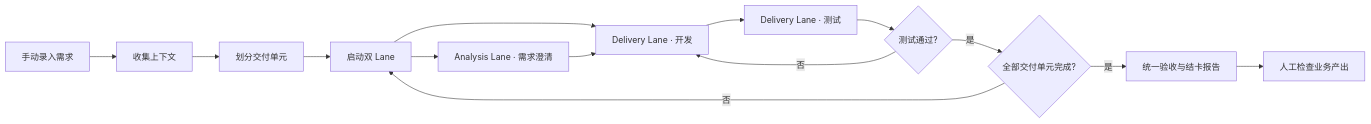
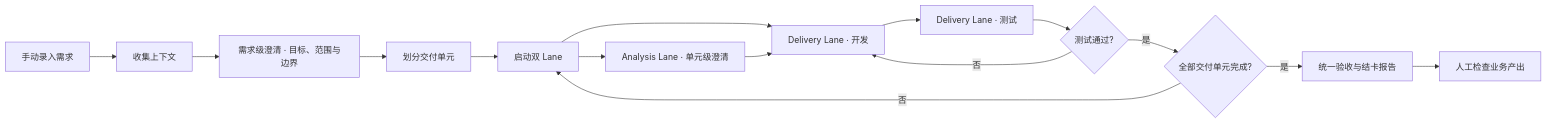
The first of 3 diagrams in docs/l4-loop-handbook.md (InspireChina/ai4se-loop-workflow), drawn with Mermaid before and after one commit. The commit also changed other lines of this file and 17 other files, not shown here.

````diff
--- a/docs/l4-loop-handbook.md
+++ b/docs/l4-loop-handbook.md
@@ -134,16 +134,17 @@
 ```mermaid
 flowchart LR
     input["手动录入需求"] --> context["收集上下文"]
-    context --> split["划分交付单元"]
+    context --> intakeClarify["需求级澄清 · 目标、范围与边界"]
+    intakeClarify --> split["划分交付单元"]
     split --> lanes["启动双 Lane"]
-    lanes --> clarify["Analysis Lane · 需求澄清"]
+    lanes --> clarify["Analysis Lane · 单元级澄清"]
     lanes --> dev["Delivery Lane · 开发"]
     clarify --> dev
     dev --> test["Delivery Lane · 测试"]
     test --> passed{"测试通过?"}
     passed -->|"否"| dev
     passed -->|"是"| completed{"全部交付单元完成?"}
     completed -->|"否"| lanes
     completed -->|"是"| review["统一验收与结卡报告"]
     review --> human["人工检查业务产出"]
 ```
````
